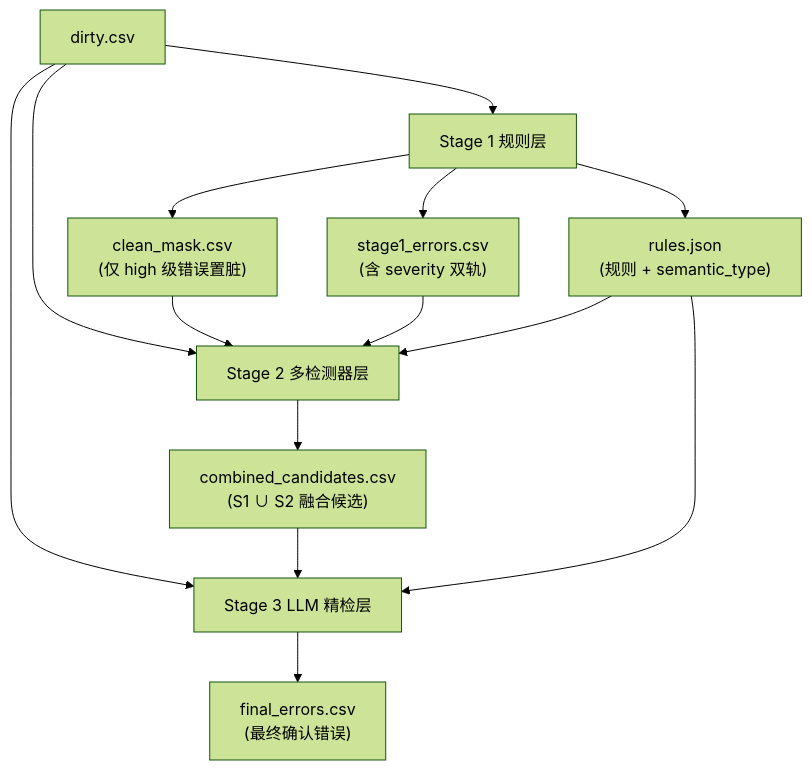
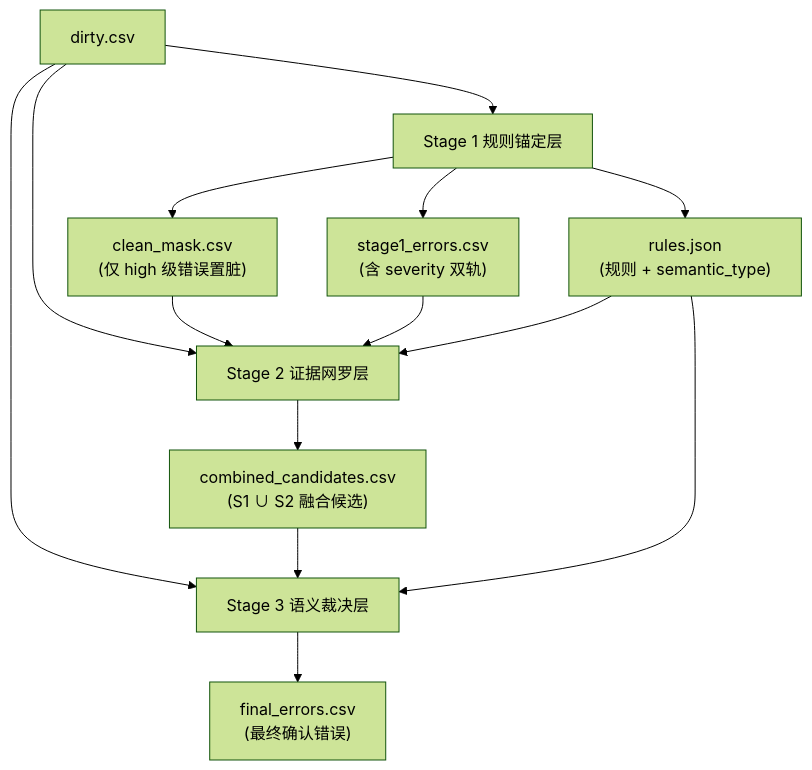
The third of 3 diagrams in PIPELINE.md (1993371829/error_detect), drawn with Mermaid (forest theme) before and after one commit. The commit also changed other lines of this file and 34 other files, not shown here.

````diff
--- a/PIPELINE.md
+++ b/PIPELINE.md
@@ -108,18 +118,18 @@
 ```mermaid
 flowchart TD
-    IN["dirty.csv"] --> S1["Stage 1 规则层"]
+    IN["dirty.csv"] --> S1["Stage 1 规则锚定层"]
     S1 --> E1["stage1_errors.csv<br/>(含 severity 双轨)"]
     S1 --> R1["rules.json<br/>(规则 + semantic_type)"]
     S1 --> M1["clean_mask.csv<br/>(仅 high 级错误置脏)"]
 
-    IN --> S2["Stage 2 多检测器层"]
+    IN --> S2["Stage 2 证据网罗层"]
     M1 --> S2
     E1 --> S2
     R1 --> S2
     S2 --> F2["combined_candidates.csv<br/>(S1 ∪ S2 融合候选)"]
 
-    IN --> S3["Stage 3 LLM 精检层"]
+    IN --> S3["Stage 3 语义裁决层"]
     F2 --> S3
     R1 --> S3
     S3 --> O3["final_errors.csv<br/>(最终确认错误)"]
 ```
````
